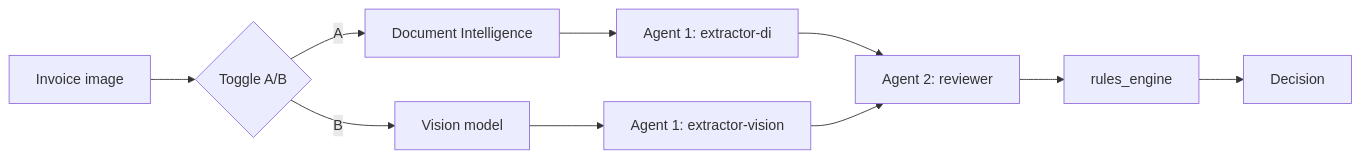
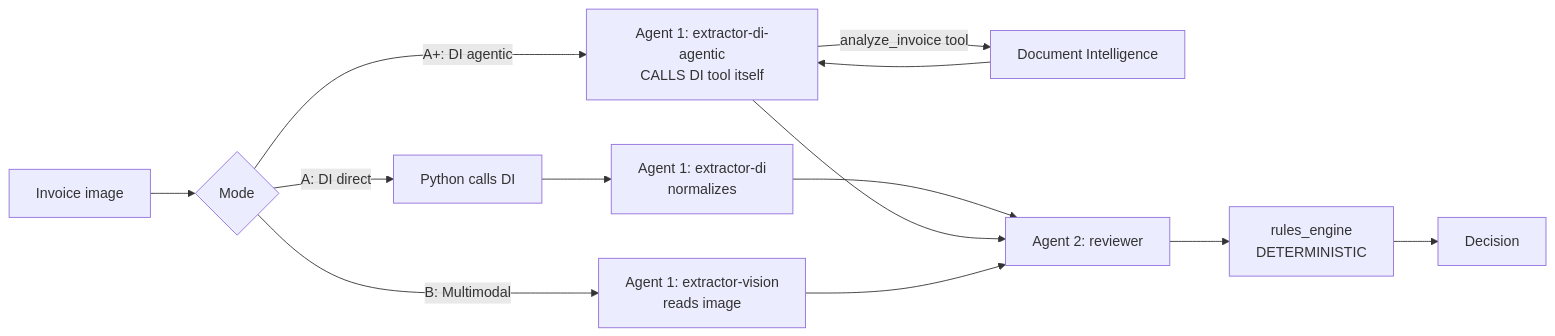
The diagram in bcafinance/docs/03-the-two-options.md (sandy-gunawan/FSI_AgentiAI), drawn with Mermaid before and after one commit. The commit also changed other lines of this file and 17 other files, not shown here.

First line of the commit message:
Add Mode A+ (DI agentic): agent calls Document Intelligence as a tool

````diff
--- a/bcafinance/docs/03-the-two-options.md
+++ b/bcafinance/docs/03-the-two-options.md
@@ -6,9 +7,13 @@
 ```mermaid
 flowchart LR
-    IMG[Invoice image] --> T{Toggle A/B}
-    T -->|A| DI[Document Intelligence] --> EA[Agent 1: extractor-di]
-    T -->|B| MM[Vision model] --> EB[Agent 1: extractor-vision]
+    IMG[Invoice image] --> T{Mode}
+    T -->|A: DI direct| PY1[Python calls DI] --> EA[Agent 1: extractor-di<br/>normalizes]
+    T -->|A+: DI agentic| EAG[Agent 1: extractor-di-agentic<br/>CALLS DI tool itself]
+    T -->|B: Multimodal| EB[Agent 1: extractor-vision<br/>reads image]
+    EAG -->|analyze_invoice tool| DI2[Document Intelligence]
+    DI2 --> EAG
     EA --> REV[Agent 2: reviewer]
+    EAG --> REV
     EB --> REV
-    REV --> RULES[rules_engine] --> OUT[Decision]
+    REV --> RULES[rules_engine<br/>DETERMINISTIC] --> OUT[Decision]
 ```
````
